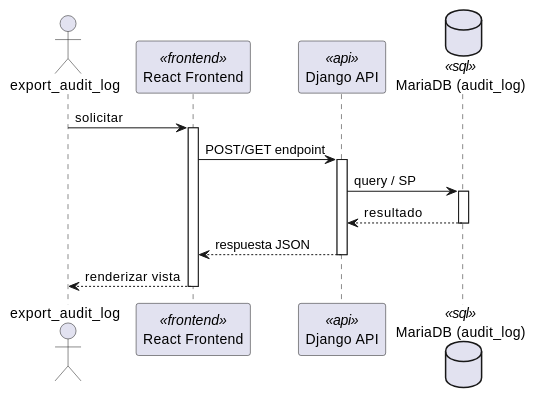
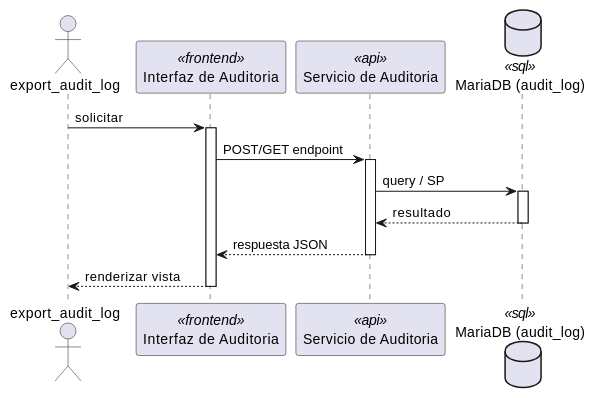
One commit to jcg-admin/IACT-docs changed the first of 2 diagrams in source/arquitectura-tecnica/DesignView/aud-03.rst. Above: the diagram before and after it, drawn with PlantUML. The commit also changed other lines of this file and 243 other files, not shown here.

First line of the commit message:
Add missing diagrams and fix participant names across Kruchten views

```diff
--- a/source/arquitectura-tecnica/DesignView/aud-03.rst
+++ b/source/arquitectura-tecnica/DesignView/aud-03.rst
@@ -22,28 +22,28 @@
 .. uml::
  :caption: UC_AUD_03 — Design View (secuencia)
 
  @startuml
 
  actor "export_audit_log" as export_audit_log
- participant "React Frontend" as Frontend <<frontend>>
- participant "Django API" as APIServer <<api>>
- database "MariaDB (audit_log)" as BaseDatos <<sql>>
+ participant "Interfaz de Auditoria" as Iface <<frontend>>
+ participant "Servicio de Auditoria" as SvcNode <<api>>
+ database "MariaDB (audit_log)" as Store <<sql>>
 
- export_audit_log -> Frontend : solicitar
- activate Frontend
+ export_audit_log -> Iface : solicitar
+ activate Iface
 
- Frontend -> APIServer : POST/GET endpoint
- activate APIServer
+ Iface -> SvcNode : POST/GET endpoint
+ activate SvcNode
 
- APIServer -> BaseDatos : query / SP
- activate BaseDatos
- BaseDatos --> APIServer : resultado
- deactivate BaseDatos
+ SvcNode -> Store : query / SP
+ activate Store
+ Store --> SvcNode : resultado
+ deactivate Store
 
- APIServer --> Frontend : respuesta JSON
- deactivate APIServer
+ SvcNode --> Iface : respuesta JSON
+ deactivate SvcNode
 
- Frontend --> export_audit_log : renderizar vista
- deactivate Frontend
+ Iface --> export_audit_log : renderizar vista
+ deactivate Iface
 
  @enduml
```
